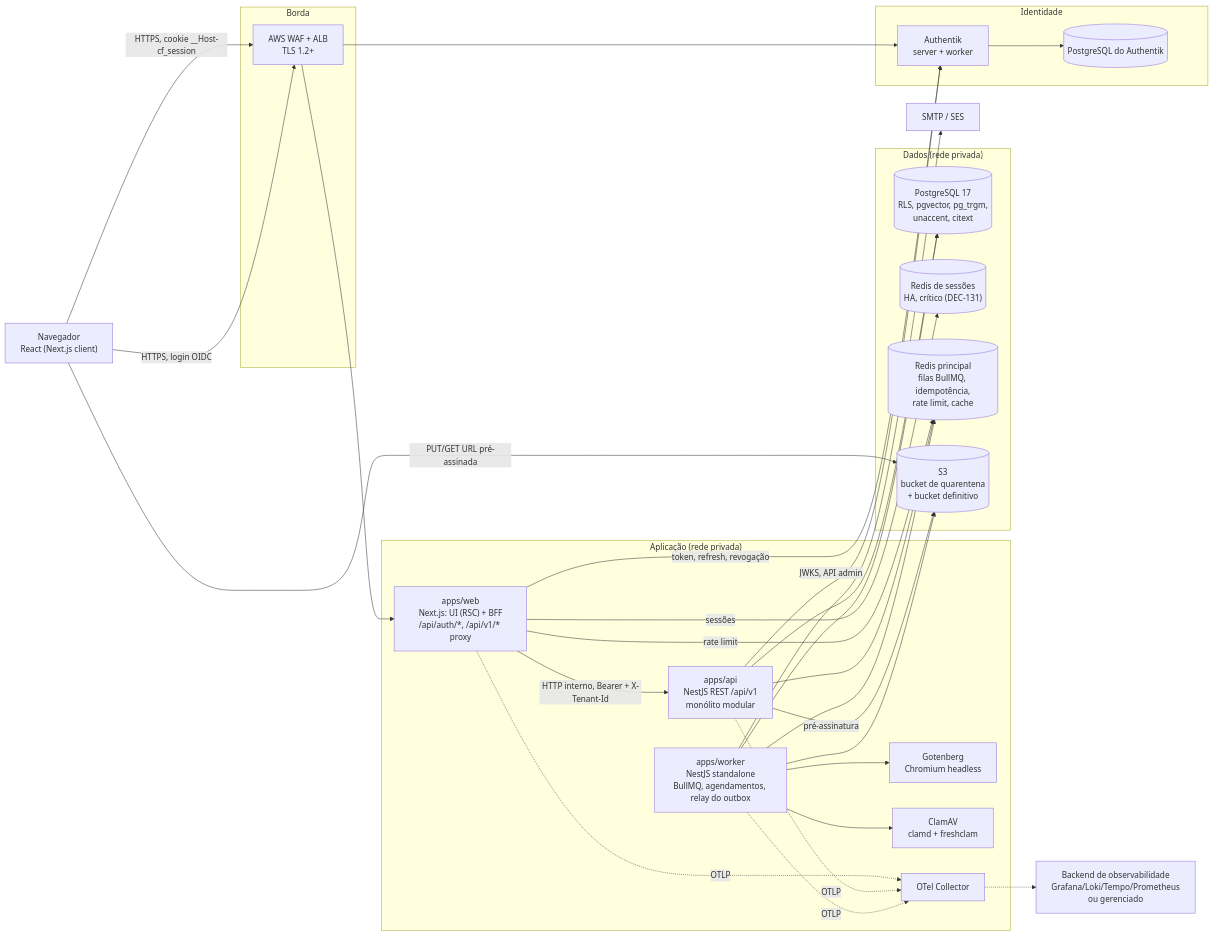
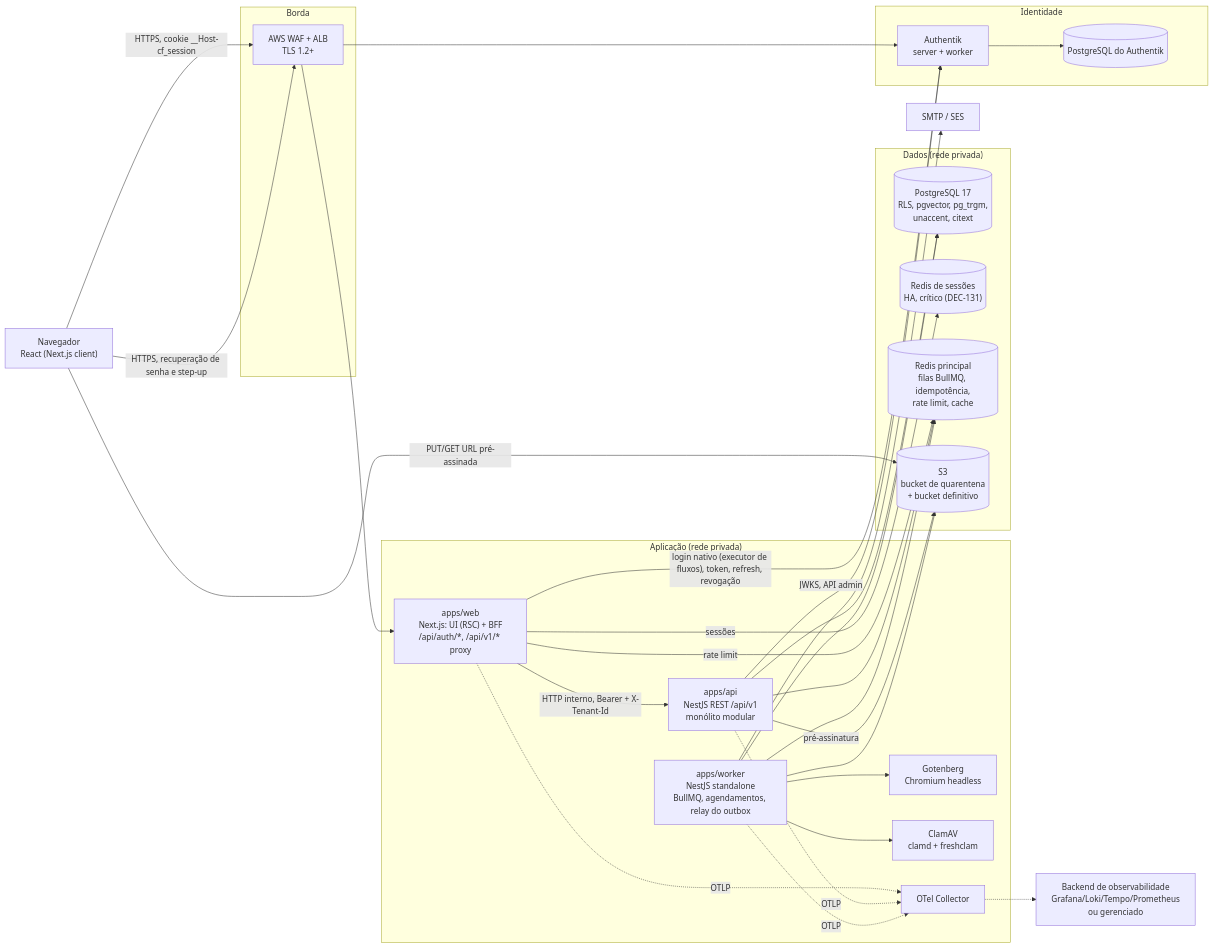
Before and after one commit to contrataflow/contrataflow: the second of 9 diagrams in docs/architecture/architecture.md, drawn with Mermaid. The commit also changed other lines of this file and 9 other files, not shown here.

First line of the commit message:
docs(docs): registra o login nativo pelo executor de fluxos (DEC-187)

````diff
--- a/docs/architecture/architecture.md
+++ b/docs/architecture/architecture.md
@@ -110,55 +110,55 @@
 ```mermaid
 flowchart LR
     BR["Navegador<br/>React (Next.js client)"]
 
     subgraph Edge["Borda"]
         WAF["AWS WAF + ALB<br/>TLS 1.2+"]
     end
 
     subgraph App["Aplicação (rede privada)"]
         WEB["apps/web<br/>Next.js: UI (RSC) + BFF<br/>/api/auth/*, /api/v1/* proxy"]
         API["apps/api<br/>NestJS REST /api/v1<br/>monólito modular"]
         WRK["apps/worker<br/>NestJS standalone<br/>BullMQ, agendamentos, relay do outbox"]
         GOT["Gotenberg<br/>Chromium headless"]
         CLAM["ClamAV<br/>clamd + freshclam"]
         OTEL["OTel Collector"]
     end
 
     subgraph Data["Dados (rede privada)"]
         PG[("PostgreSQL 17<br/>RLS, pgvector, pg_trgm,<br/>unaccent, citext")]
         RDS[("Redis de sessões<br/>HA, crítico (DEC-131)")]
         RD[("Redis principal<br/>filas BullMQ, idempotência,<br/>rate limit, cache")]
         S3[("S3<br/>bucket de quarentena<br/>+ bucket definitivo")]
     end
 
     subgraph IdP["Identidade"]
         AK["Authentik<br/>server + worker"]
         AKDB[("PostgreSQL do Authentik")]
     end
 
     MAIL["SMTP / SES"]
     OBS["Backend de observabilidade<br/>Grafana/Loki/Tempo/Prometheus<br/>ou gerenciado"]
 
     BR -->|"HTTPS, cookie __Host-cf_session"| WAF --> WEB
-    BR -->|"HTTPS, login OIDC"| WAF --> AK
+    BR -->|"HTTPS, recuperação de senha e step-up"| WAF --> AK
     BR -->|"PUT/GET URL pré-assinada"| S3
     WEB -->|"HTTP interno, Bearer + X-Tenant-Id"| API
     WEB -->|"sessões"| RDS
     WEB -->|"rate limit"| RD
-    WEB -->|"token, refresh, revogação"| AK
+    WEB -->|"login nativo (executor de fluxos), token, refresh, revogação"| AK
     API --> PG
     API --> RD
     API -->|"pré-assinatura"| S3
     API -->|"JWKS, API admin"| AK
     WRK --> PG
     WRK --> RD
     WRK --> S3
     WRK --> GOT
     WRK --> CLAM
     WRK --> MAIL
     AK --> AKDB
     WEB -.->|"OTLP"| OTEL
     API -.->|"OTLP"| OTEL
     WRK -.->|"OTLP"| OTEL
     OTEL -.-> OBS
 ```
````
